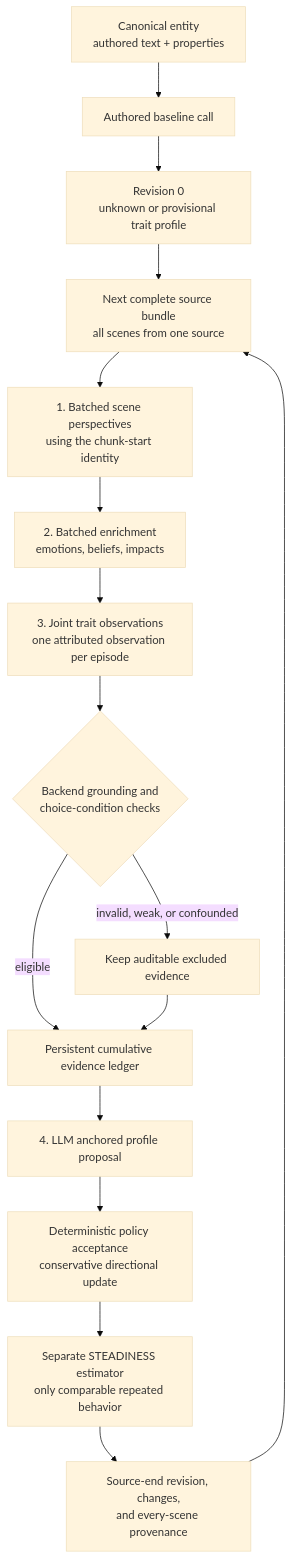
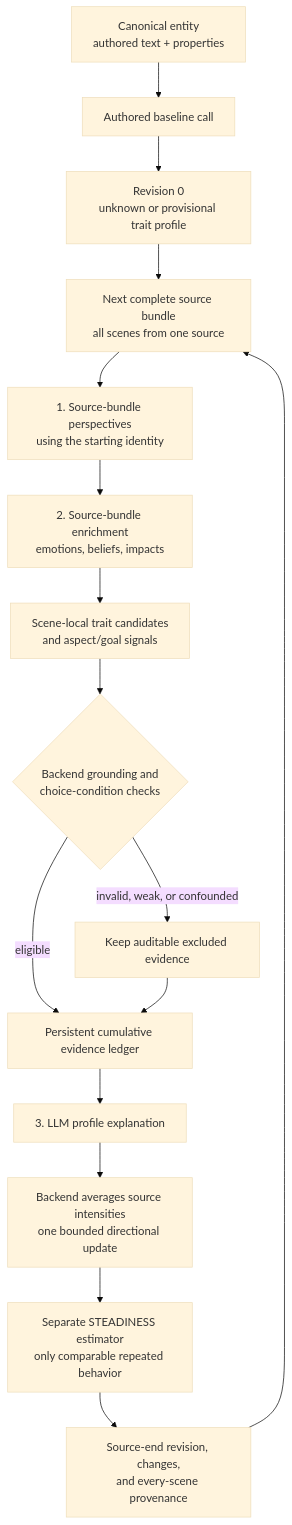
One commit to pablovin/Shrecknet changed the first of 2 diagrams in Documentation/Agents/CharacterAgent/Dispositional Traits.md. Above: the diagram before and after it, drawn with Mermaid (base theme). The commit also changed other lines of this file and 27 other files, not shown here.

````diff
--- a/Documentation/Agents/CharacterAgent/Dispositional Traits.md
+++ b/Documentation/Agents/CharacterAgent/Dispositional Traits.md
@@ -143,18 +211,18 @@
 ```mermaid
 flowchart TD
     A[Canonical entity\nauthored text + properties] --> B[Authored baseline call]
     B --> C[Revision 0\nunknown or provisional trait profile]
     C --> D[Next complete source bundle\nall scenes from one source]
-    D --> E[1. Batched scene perspectives\nusing the chunk-start identity]
-    E --> F[2. Batched enrichment\nemotions, beliefs, impacts]
-    F --> G[3. Joint trait observations\none attributed observation per episode]
+    D --> E[1. Source-bundle perspectives\nusing the starting identity]
+    E --> F[2. Source-bundle enrichment\nemotions, beliefs, impacts]
+    F --> G[Scene-local trait candidates\nand aspect/goal signals]
     G --> H{Backend grounding and\nchoice-condition checks}
     H -->|invalid, weak, or confounded| I[Keep auditable excluded evidence]
     H -->|eligible| J[Persistent cumulative evidence ledger]
     I --> J
-    J --> K[4. LLM anchored profile proposal]
-    K --> L[Deterministic policy acceptance\nconservative directional update]
+    J --> K[3. LLM profile explanation]
+    K --> L[Backend averages source intensities\none bounded directional update]
     L --> M[Separate STEADINESS estimator\nonly comparable repeated behavior]
     M --> N[Source-end revision, changes,\nand every-scene provenance]
     N --> D
 ```
````
